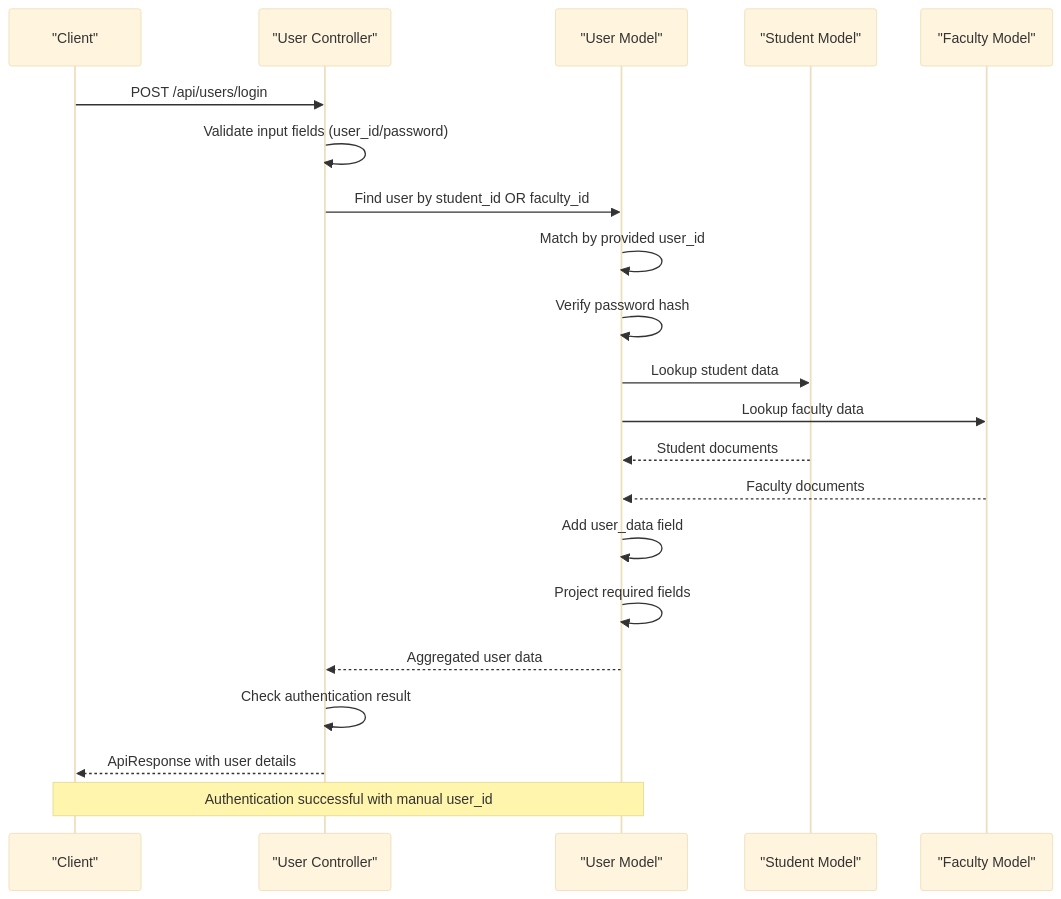
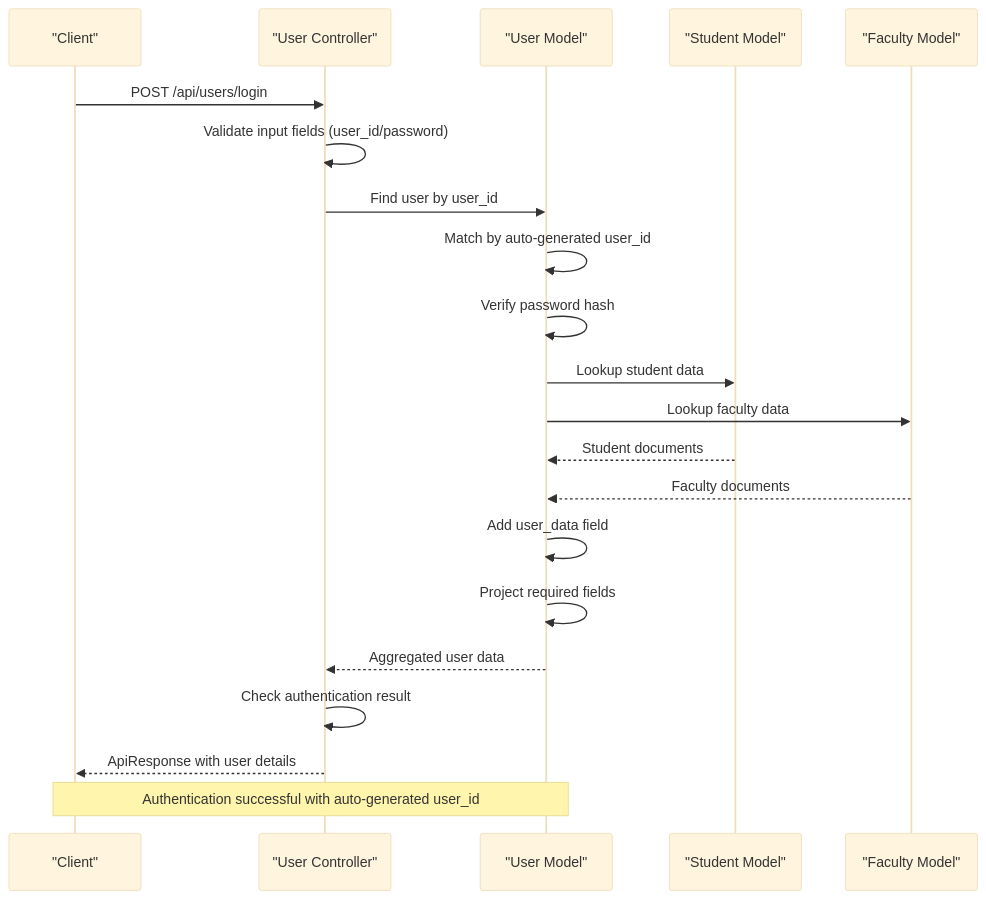
One commit to Aryan9060/Timetable-Project changed the sixth of 9 diagrams in .qoder/repowiki/en/content/Data Models & Database Schema/Core User Model.md. Above: the diagram before and after it, drawn with Mermaid (base theme). The commit also changed other lines of this file and 22 other files, not shown here.

First line of the commit message:
feat(auth): update authentication to use user_id with auto-generation hook

````diff
--- a/.qoder/repowiki/en/content/Data Models & Database Schema/Core User Model.md
+++ b/.qoder/repowiki/en/content/Data Models & Database Schema/Core User Model.md
@@ -303,23 +317,23 @@
 ```mermaid
 sequenceDiagram
 participant Client as "Client"
 participant Controller as "User Controller"
 participant Model as "User Model"
 participant Student as "Student Model"
 participant Faculty as "Faculty Model"
 Client->>Controller : POST /api/users/login
 Controller->>Controller : Validate input fields (user_id/password)
-Controller->>Model : Find user by student_id OR faculty_id
-Model->>Model : Match by provided user_id
+Controller->>Model : Find user by user_id
+Model->>Model : Match by auto-generated user_id
 Model->>Model : Verify password hash
 Model->>Student : Lookup student data
 Model->>Faculty : Lookup faculty data
 Student-->>Model : Student documents
 Faculty-->>Model : Faculty documents
 Model->>Model : Add user_data field
 Model->>Model : Project required fields
 Model-->>Controller : Aggregated user data
 Controller->>Controller : Check authentication result
 Controller-->>Client : ApiResponse with user details
-Note over Client,Model : Authentication successful with manual user_id
+Note over Client,Model : Authentication successful with auto-generated user_id
 ```
````
